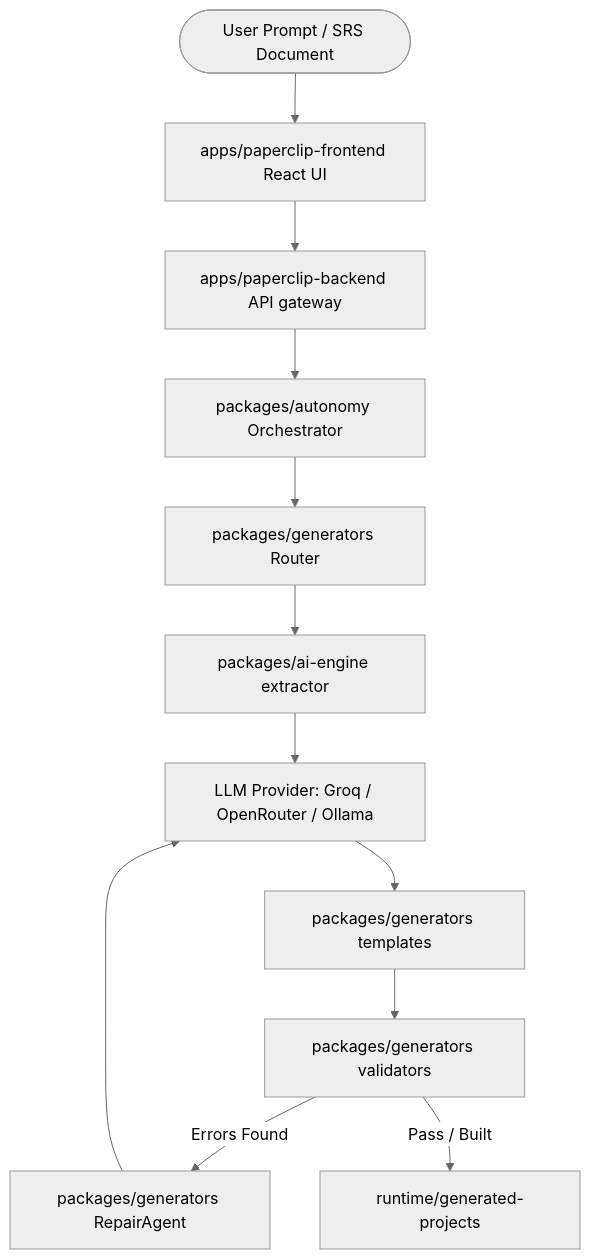
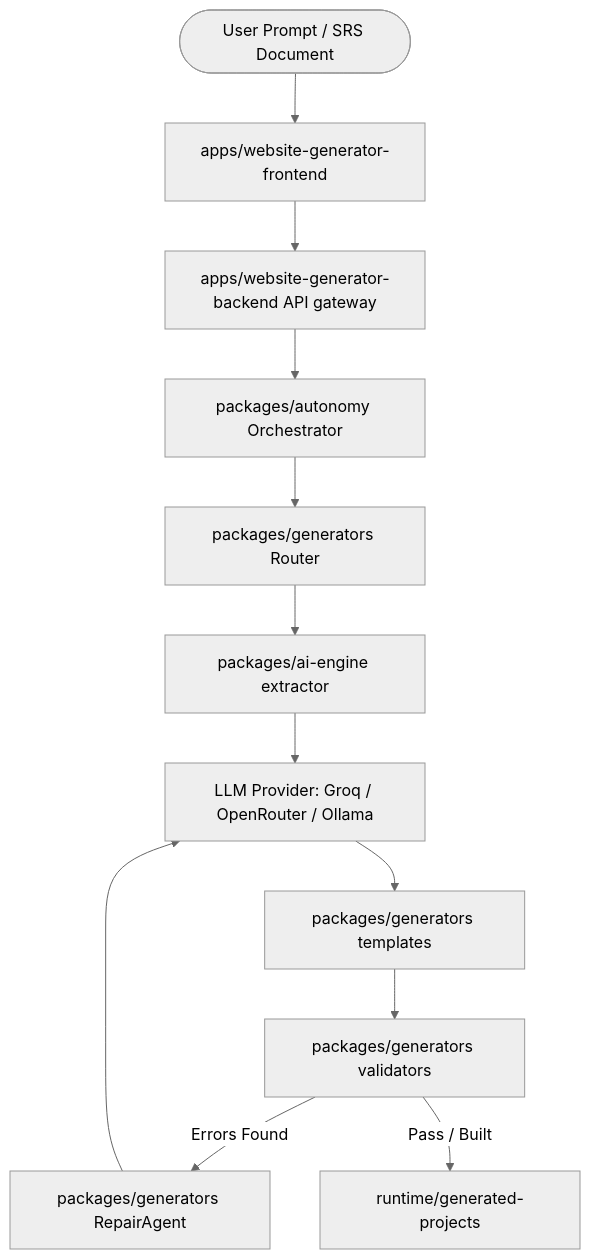
One commit to abhi128nandan/Website_Generator changed the diagram in README.md. Above: the diagram before and after it, drawn with Mermaid (neutral theme). The commit also changed other lines of this file and 1418 other files, not shown here.

````diff
--- a/README.md
+++ b/README.md
@@ -11,14 +27,14 @@
 ```mermaid
 graph TD
-    User([User Prompt / SRS Document]) --> Web[apps/paperclip-frontend React UI]
-    Web --> Server[apps/paperclip-backend API gateway]
+    User([User Prompt / SRS Document]) --> Web[apps/website-generator-frontend]
+    Web --> Server[apps/website-generator-backend API gateway]
     Server --> Autonomy[packages/autonomy Orchestrator]
     Autonomy --> Router[packages/generators Router]
     Router --> Extractor[packages/ai-engine extractor]
     Extractor --> LLM[LLM Provider: Groq / OpenRouter / Ollama]
     LLM --> CodeGen[packages/generators templates]
     CodeGen --> Validation[packages/generators validators]
     Validation -- Errors Found --> RepairAgent[packages/generators RepairAgent]
     RepairAgent --> LLM
     Validation -- Pass / Built --> Runtime[runtime/generated-projects]
 ```
````
